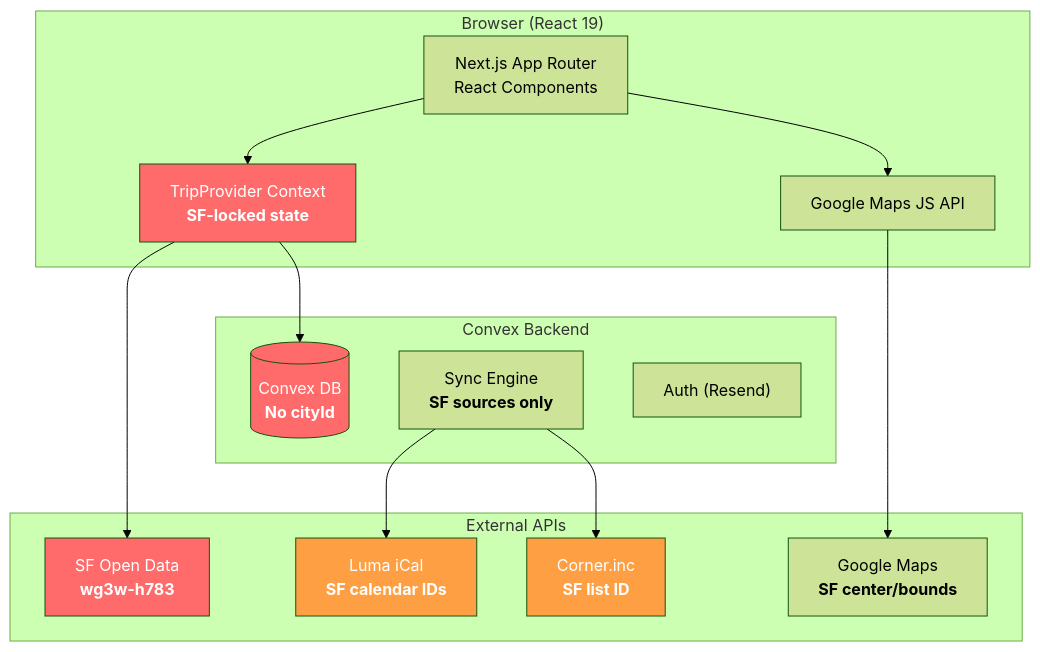
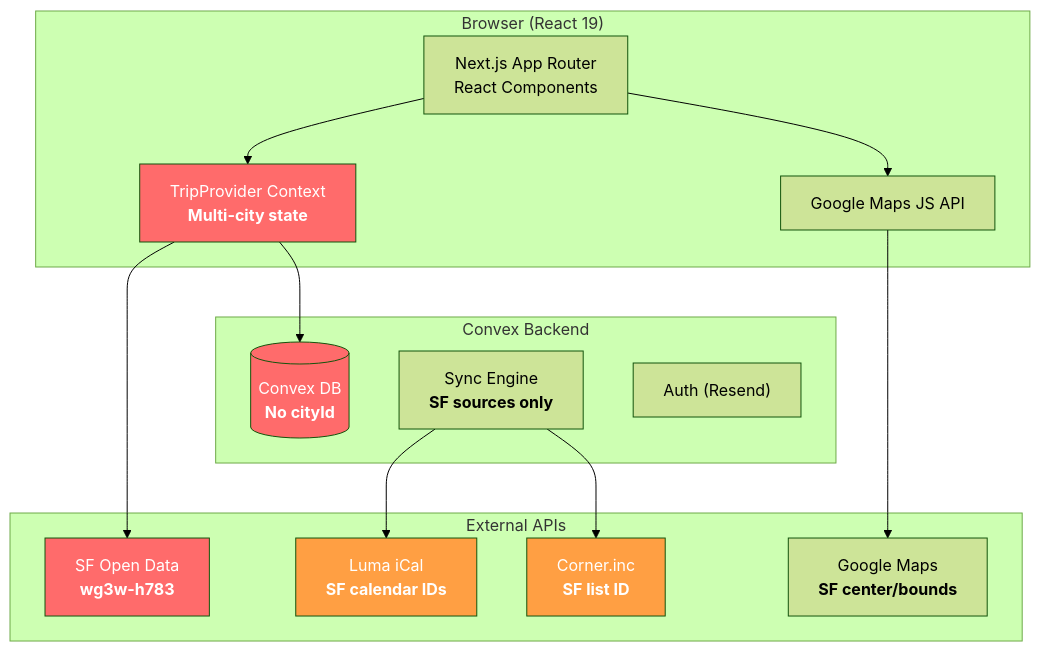
Before and after one commit to pinchen147/trip-planner: the first of 5 diagrams in docs/expansion-plan.md, drawn with Mermaid (forest theme). The commit also changed other lines of this file and 22 other files, not shown here.

````diff
--- a/docs/expansion-plan.md
+++ b/docs/expansion-plan.md
@@ -51,35 +51,35 @@
 ```mermaid
 graph TB
     subgraph Client["Browser (React 19)"]
         UI["Next.js App Router<br/>React Components"]
         Maps["Google Maps JS API"]
-        TripCtx["TripProvider Context<br/><b>SF-locked state</b>"]
+        TripCtx["TripProvider Context<br/><b>Multi-city state</b>"]
     end
 
     subgraph Backend["Convex Backend"]
         DB[("Convex DB<br/><b>No cityId</b>")]
         Sync["Sync Engine<br/><b>SF sources only</b>"]
         Auth["Auth (Resend)"]
     end
 
     subgraph External["External APIs"]
         SF_Crime["SF Open Data<br/><b>wg3w-h783</b>"]
         Luma["Luma iCal<br/><b>SF calendar IDs</b>"]
         Corner["Corner.inc<br/><b>SF list ID</b>"]
         GMaps["Google Maps<br/><b>SF center/bounds</b>"]
     end
 
     UI --> TripCtx
     TripCtx --> DB
     TripCtx --> SF_Crime
     Sync --> Luma
     Sync --> Corner
     UI --> Maps
     Maps --> GMaps
 
     style SF_Crime fill:#ff6b6b,color:#fff
     style Luma fill:#ff9f43,color:#fff
     style Corner fill:#ff9f43,color:#fff
     style TripCtx fill:#ff6b6b,color:#fff
     style DB fill:#ff6b6b,color:#fff
 ```
````
